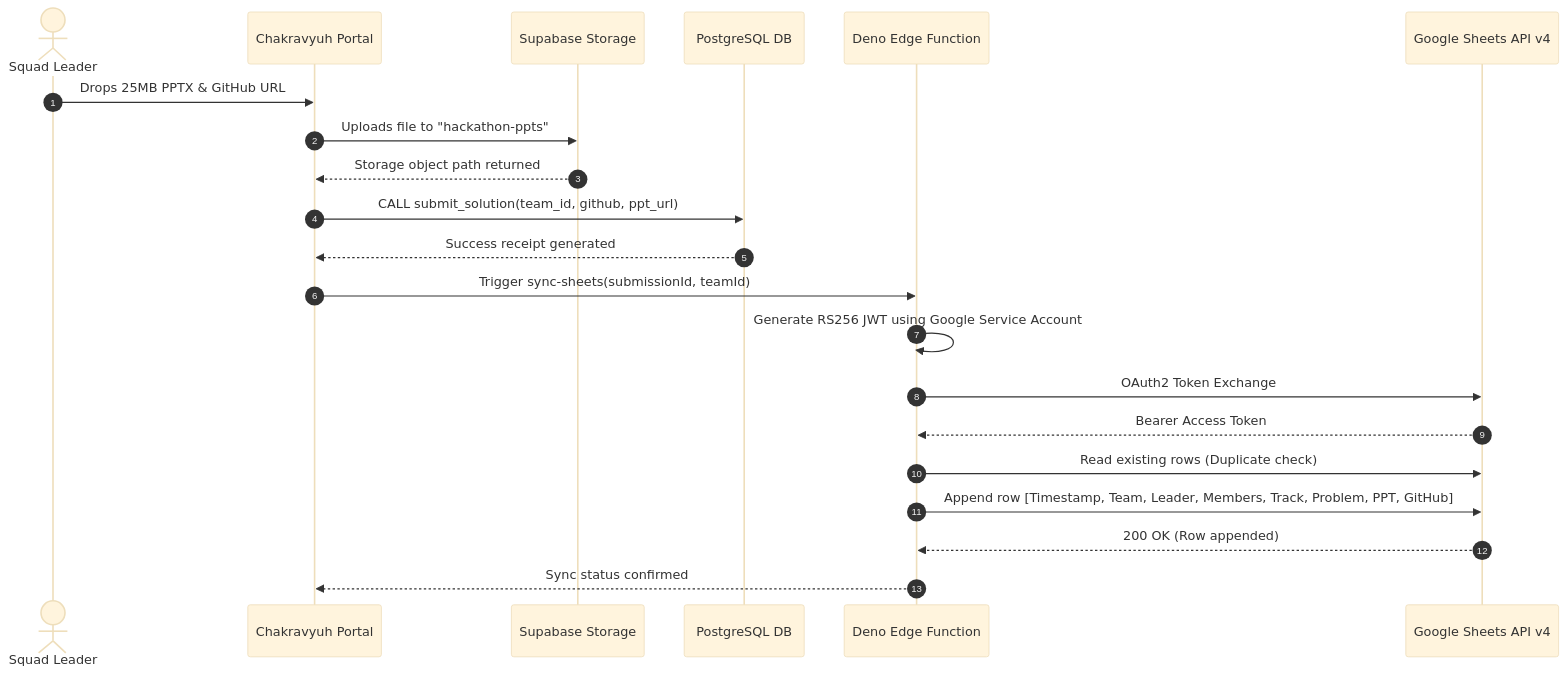
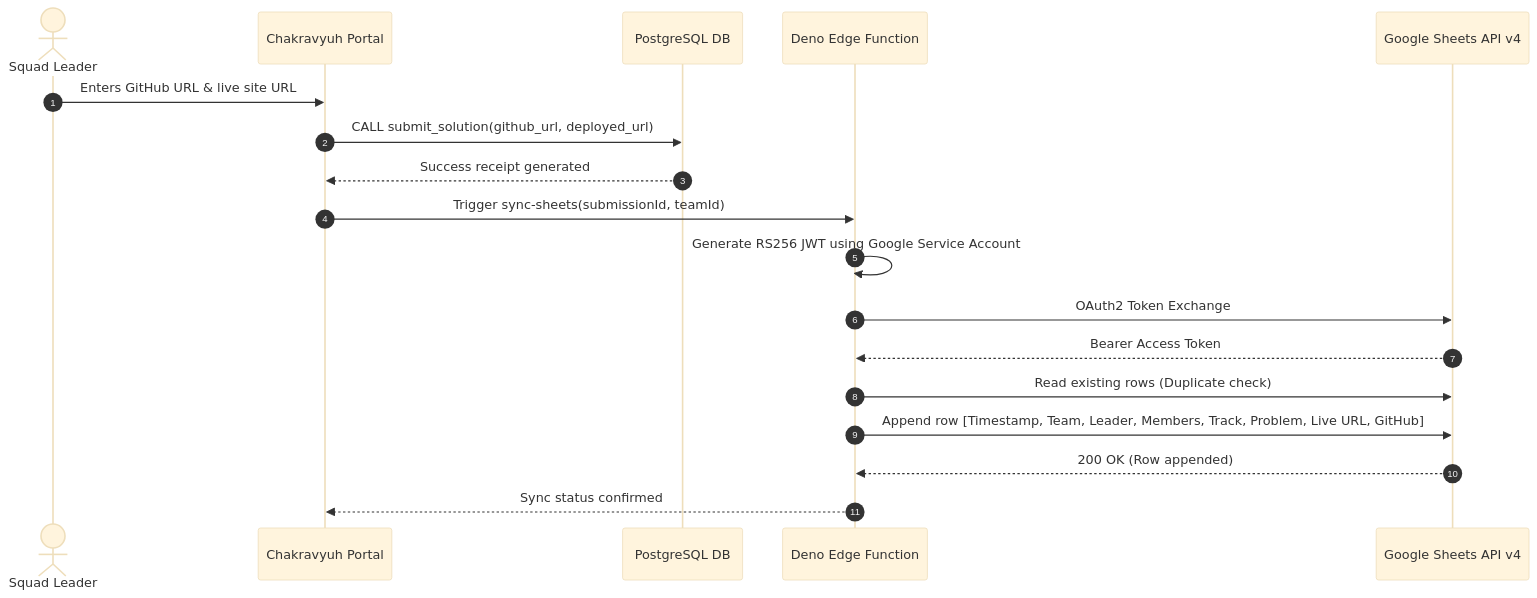
Before and after one commit to Ramcharanvinay/Chakravyuh-hackathon: the fifth of 5 diagrams in README.md, drawn with Mermaid (base theme). The commit also changed other lines of this file, not shown here.

Commit message:
docs: align README with the app (no PPT upload, real schema, CAD 3D models, setup steps, live link)

````diff
--- a/README.md
+++ b/README.md
@@ -317,24 +312,21 @@
 ```mermaid
 sequenceDiagram
     autonumber
     actor Team as Squad Leader
     participant App as Chakravyuh Portal
-    participant Store as Supabase Storage
     participant DB as PostgreSQL DB
     participant Edge as Deno Edge Function
     participant Google as Google Sheets API v4
 
-    Team->>App: Drops 25MB PPTX & GitHub URL
-    App->>Store: Uploads file to "hackathon-ppts"
-    Store-->>App: Storage object path returned
-    App->>DB: CALL submit_solution(team_id, github, ppt_url)
+    Team->>App: Enters GitHub URL & live site URL
+    App->>DB: CALL submit_solution(github_url, deployed_url)
     DB-->>App: Success receipt generated
     App->>Edge: Trigger sync-sheets(submissionId, teamId)
     Edge->>Edge: Generate RS256 JWT using Google Service Account
     Edge->>Google: OAuth2 Token Exchange
     Google-->>Edge: Bearer Access Token
     Edge->>Google: Read existing rows (Duplicate check)
-    Edge->>Google: Append row [Timestamp, Team, Leader, Members, Track, Problem, PPT, GitHub]
+    Edge->>Google: Append row [Timestamp, Team, Leader, Members, Track, Problem, Live URL, GitHub]
     Google-->>Edge: 200 OK (Row appended)
     Edge-->>App: Sync status confirmed
 ```
````
